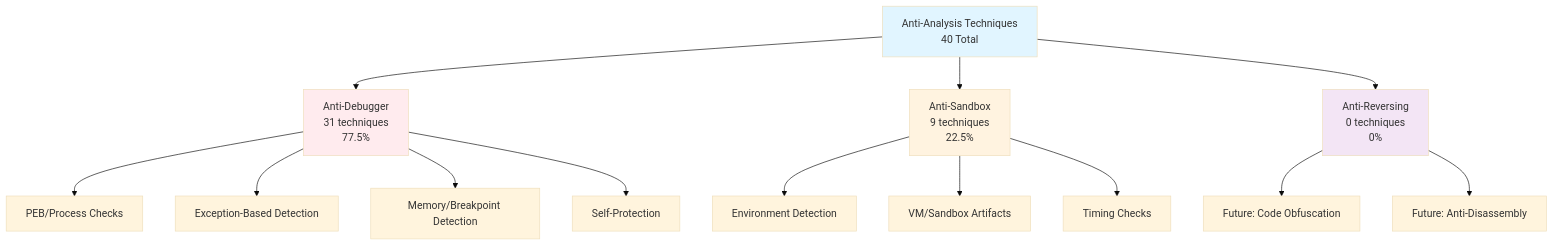
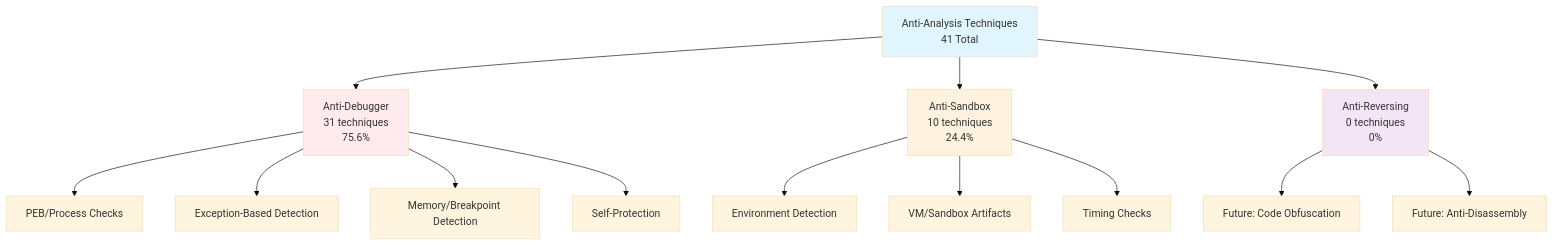
The diagram in README.md (mabj/anti), drawn with Mermaid (base theme) before and after one commit. The commit also changed other lines of this file and 5 other files, not shown here.

Commit message:
Adding new anti-sandbox technique (AS010_BlockInput)

````diff
--- a/README.md
+++ b/README.md
@@ -69,23 +69,23 @@
 ```mermaid
 graph TB
-    A[Anti-Analysis Techniques<br/>40 Total] --> B[Anti-Debugger<br/>31 techniques<br/>77.5%]
-    A --> C[Anti-Sandbox<br/>9 techniques<br/>22.5%]
+    A[Anti-Analysis Techniques<br/>41 Total] --> B[Anti-Debugger<br/>31 techniques<br/>75.6%]
+    A --> C[Anti-Sandbox<br/>10 techniques<br/>24.4%]
     A --> D[Anti-Reversing<br/>0 techniques<br/>0%]
 
     B --> B1[PEB/Process Checks]
     B --> B2[Exception-Based Detection]
     B --> B3[Memory/Breakpoint Detection]
     B --> B4[Self-Protection]
 
     C --> C1[Environment Detection]
     C --> C2[VM/Sandbox Artifacts]
     C --> C3[Timing Checks]
 
     D --> D1[Future: Code Obfuscation]
     D --> D2[Future: Anti-Disassembly]
 
     style A fill:#e1f5ff
     style B fill:#ffebee
     style C fill:#fff3e0
     style D fill:#f3e5f5
 ```
````
